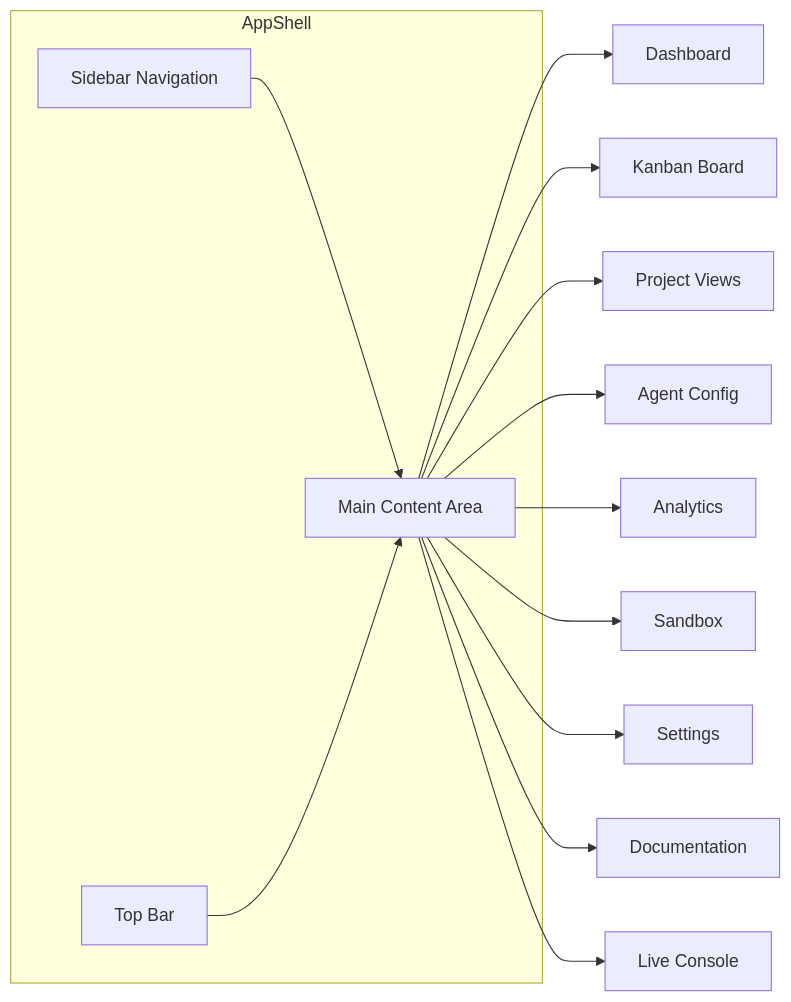
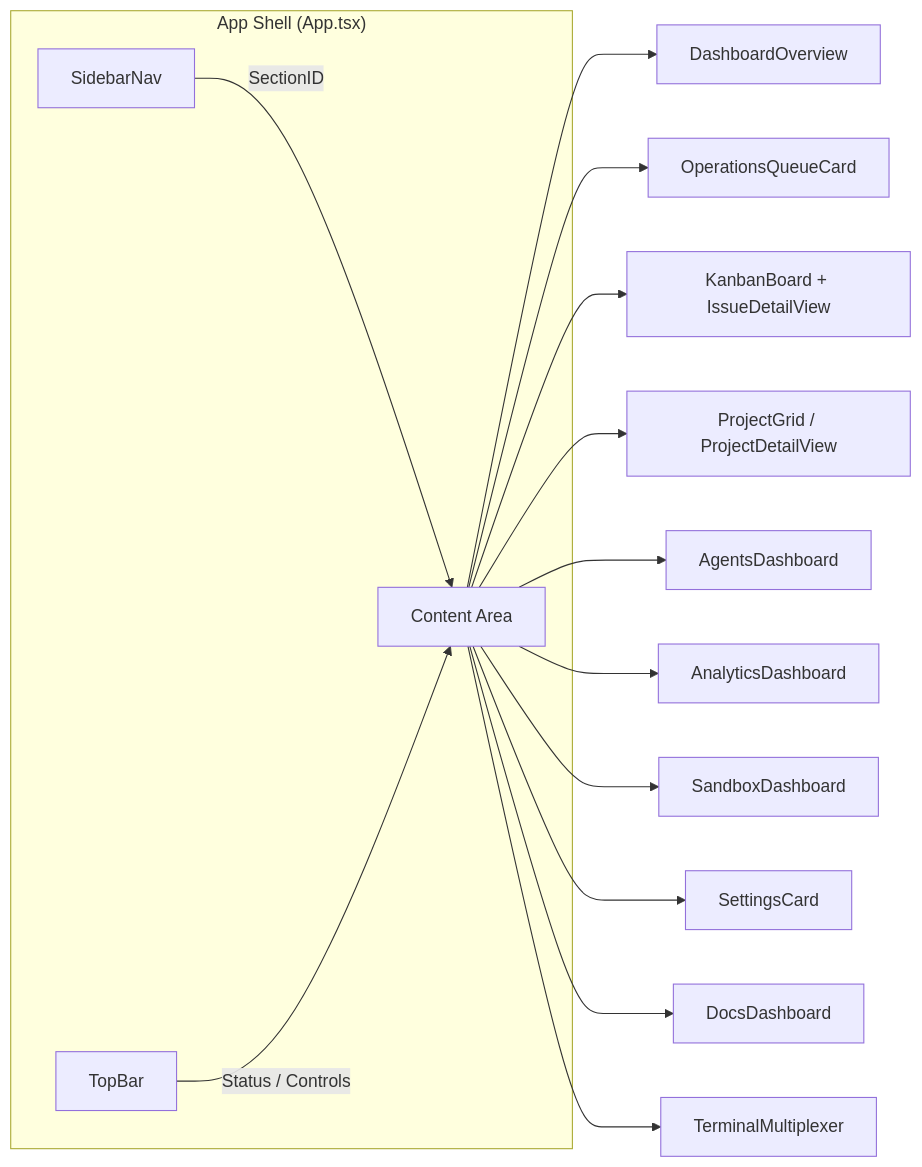
The first of 2 diagrams in docs/frontend/components.md (bradAGI/Orchestra), drawn with Mermaid before and after one commit. The commit also changed other lines of this file and 22 other files, not shown here.

First line of the commit message:
docs: add config, mcp, schemas, enums, electron docs + more Go/TS doc comments

````diff
--- a/docs/frontend/components.md
+++ b/docs/frontend/components.md
@@ -34,16 +38,22 @@
 ```mermaid
 graph LR
-    subgraph AppShell
-        SB[Sidebar Navigation] --> MC[Main Content Area]
-        TB[Top Bar] --> MC
+    subgraph AppShell["App Shell (App.tsx)"]
+        SB[SidebarNav]
+        TB[TopBar]
+        CA[Content Area]
     end
-    MC --> DASH[Dashboard]
-    MC --> ISSUES[Kanban Board]
-    MC --> PROJ[Project Views]
-    MC --> AGENTS[Agent Config]
-    MC --> WH[Analytics]
-    MC --> SANDBOX[Sandbox]
-    MC --> SETTINGS[Settings]
-    MC --> DOCS[Documentation]
-    MC --> CONSOLE[Live Console]
+
+    SB -->|"SectionID"| CA
+    TB -->|"Status / Controls"| CA
+
+    CA --> DASH[DashboardOverview]
+    CA --> RUN[OperationsQueueCard]
+    CA --> ISS[KanbanBoard + IssueDetailView]
+    CA --> PROJ[ProjectGrid / ProjectDetailView]
+    CA --> AGT[AgentsDashboard]
+    CA --> WH[AnalyticsDashboard]
+    CA --> SBX[SandboxDashboard]
+    CA --> SET[SettingsCard]
+    CA --> DOC[DocsDashboard]
+    CA --> CON[TerminalMultiplexer]
 ```
````
